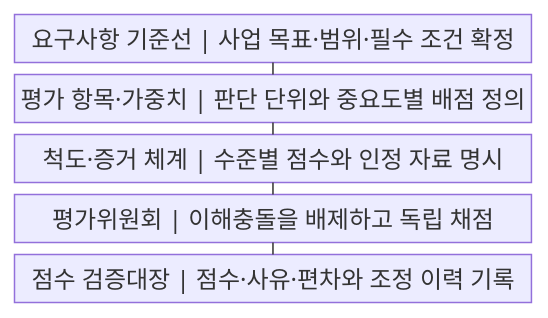
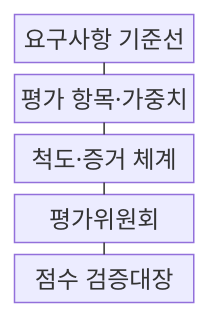
The first of 2 diagrams in src/content/docs/notes/03-software/224_software_technology_evaluation.md (agnusdei1207/knowledge-base), drawn with Mermaid before and after one commit. The commit also changed other lines of this file and 238 other files, not shown here.

````diff
--- a/src/content/docs/notes/03-software/224_software_technology_evaluation.md
+++ b/src/content/docs/notes/03-software/224_software_technology_evaluation.md
@@ -53,13 +53,13 @@
 ```mermaid
-block
+block-beta
     columns 1
-    A["요구사항 기준선 | 사업 목표·범위·필수 조건 확정"]
-    B["평가 항목·가중치 | 판단 단위와 중요도별 배점 정의"]
-    C["척도·증거 체계 | 수준별 점수와 인정 자료 명시"]
-    D["평가위원회 | 이해충돌을 배제하고 독립 채점"]
-    E["점수 검증대장 | 점수·사유·편차와 조정 이력 기록"]
+    A["요구사항 기준선"]
+    B["평가 항목·가중치"]
+    C["척도·증거 체계"]
+    D["평가위원회"]
+    E["점수 검증대장"]
     A --- B
     B --- C
     C --- D
     D --- E
 ```
````
